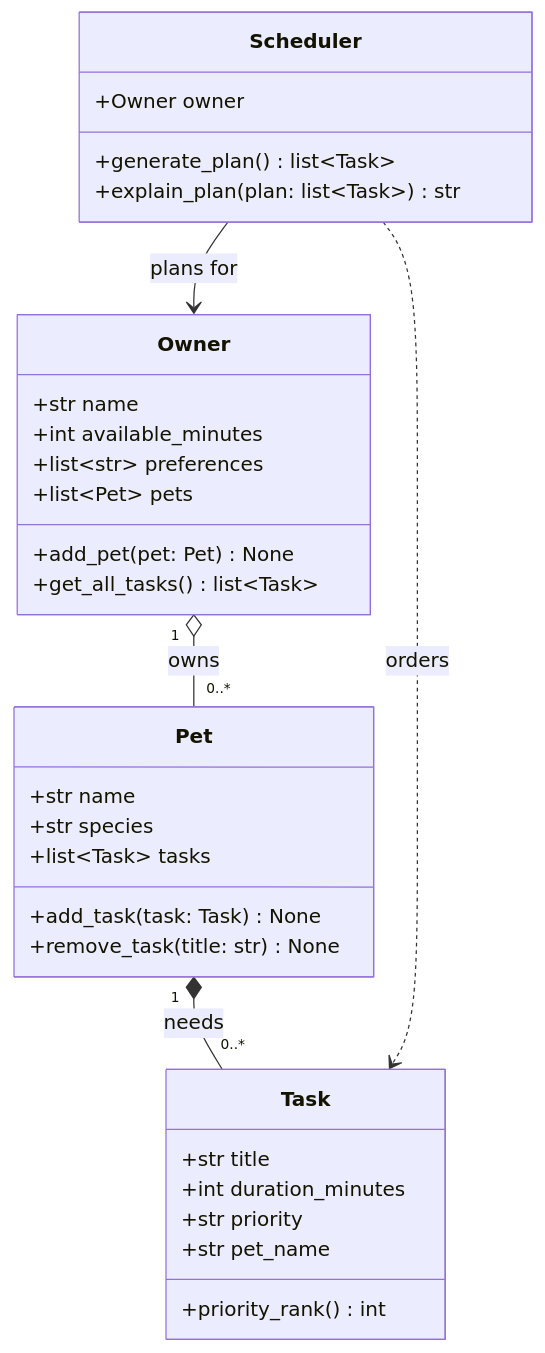
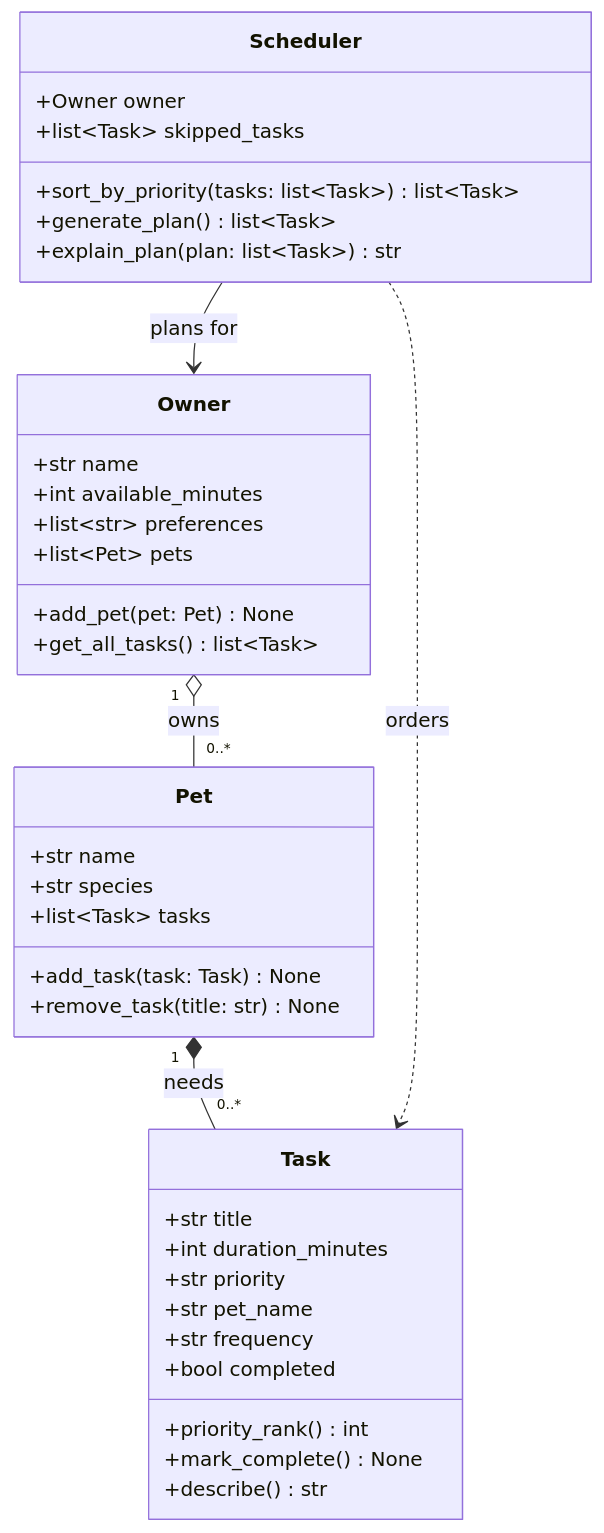
One commit to JoseBarbara-code/ai110-module2show-pawpal-starter changed the diagram in diagrams/uml_draft.mmd. Above: the diagram before and after it, drawn with Mermaid. The commit also changed 6 other files, not shown here.

```diff
--- a/diagrams/uml_draft.mmd
+++ b/diagrams/uml_draft.mmd
@@ -1,40 +1,46 @@
 classDiagram
-    %% PawPal+ initial design draft (Step 3)
+    %% PawPal+ class design (updated in Phase 2 with the logic layer)
     %% Owner has pets, each Pet has care tasks, and the Scheduler
     %% builds a daily plan from the owner's tasks and available time.
 
     class Owner {
         +str name
         +int available_minutes
         +list~str~ preferences
         +list~Pet~ pets
         +add_pet(pet: Pet) None
         +get_all_tasks() list~Task~
     }
 
     class Pet {
         +str name
         +str species
         +list~Task~ tasks
         +add_task(task: Task) None
         +remove_task(title: str) None
     }
 
     class Task {
         +str title
         +int duration_minutes
         +str priority
         +str pet_name
+        +str frequency
+        +bool completed
         +priority_rank() int
+        +mark_complete() None
+        +describe() str
     }
 
     class Scheduler {
         +Owner owner
+        +list~Task~ skipped_tasks
+        +sort_by_priority(tasks: list~Task~) list~Task~
         +generate_plan() list~Task~
         +explain_plan(plan: list~Task~) str
     }
 
     Owner "1" o-- "0..*" Pet : owns
     Pet "1" *-- "0..*" Task : needs
     Scheduler --> Owner : plans for
     Scheduler ..> Task : orders
```
